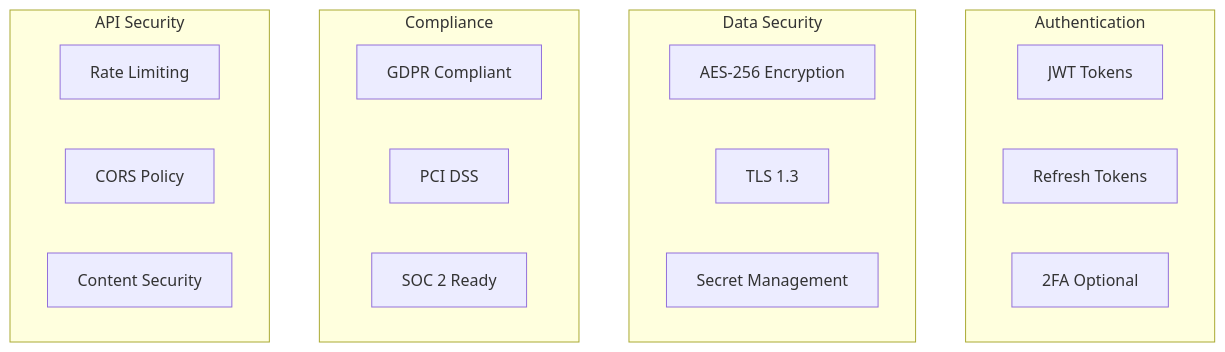
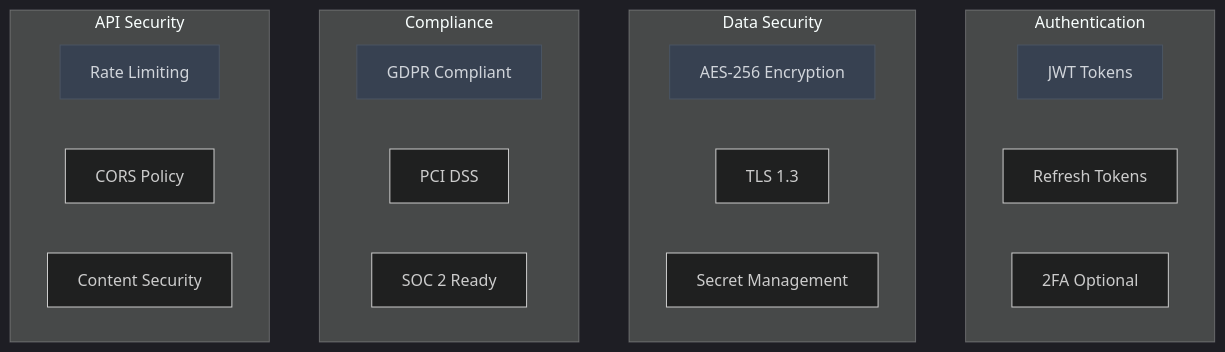
Before and after one commit to Tim-Spurlin/MaxaMem: the sixth of 6 diagrams in README.md, drawn with Mermaid. The commit also changed other lines of this file, not shown here.

````diff
--- a/README.md
+++ b/README.md
@@ -443,26 +448,32 @@
 ```mermaid
+%%{init: {'theme':'dark'}}%%
 graph TB
     subgraph "Authentication"
         JWT[JWT Tokens]
         REFRESH[Refresh Tokens]
         MFA[2FA Optional]
     end
     
     subgraph "Data Security"
         ENC[AES-256 Encryption]
         TLS[TLS 1.3]
         VAULT[Secret Management]
     end
     
     subgraph "Compliance"
         GDPR[GDPR Compliant]
         PCI[PCI DSS]
         SOC[SOC 2 Ready]
     end
     
     subgraph "API Security"
         RATE[Rate Limiting]
         CORS[CORS Policy]
         CSP[Content Security]
     end
+    
+    style JWT fill:#374151,stroke:#4B5563,color:#D1D5DB
+    style ENC fill:#374151,stroke:#4B5563,color:#D1D5DB
+    style GDPR fill:#374151,stroke:#4B5563,color:#D1D5DB
+    style RATE fill:#374151,stroke:#4B5563,color:#D1D5DB
 ```
````
